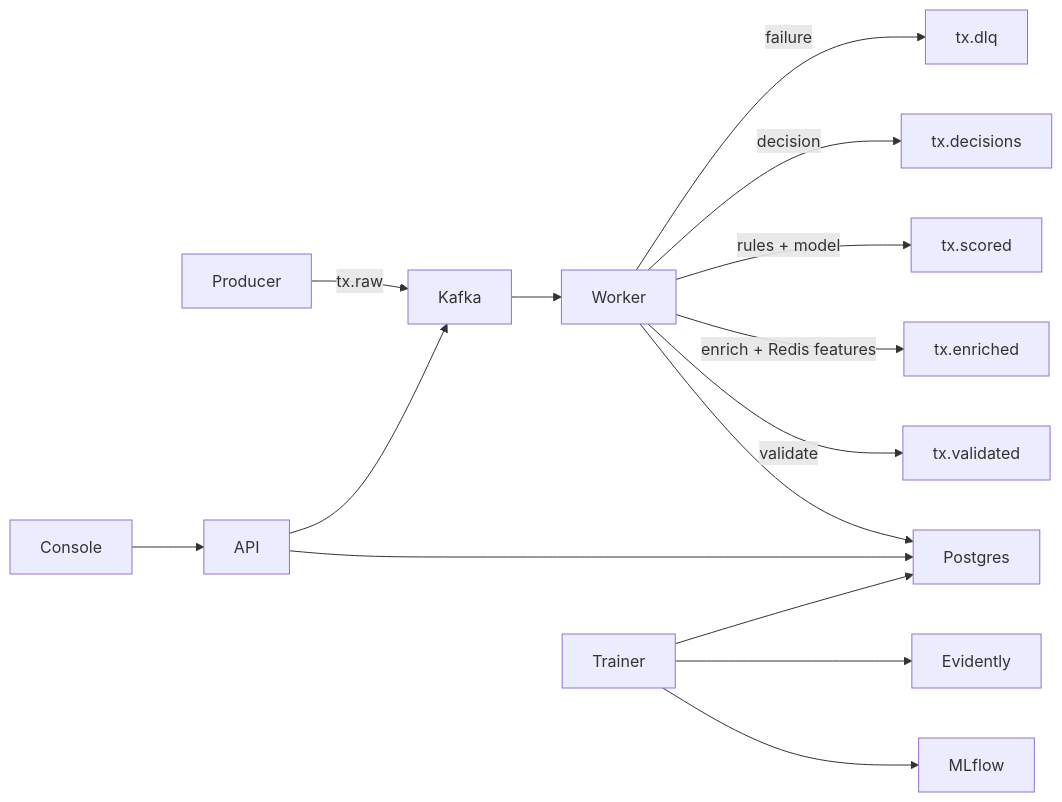
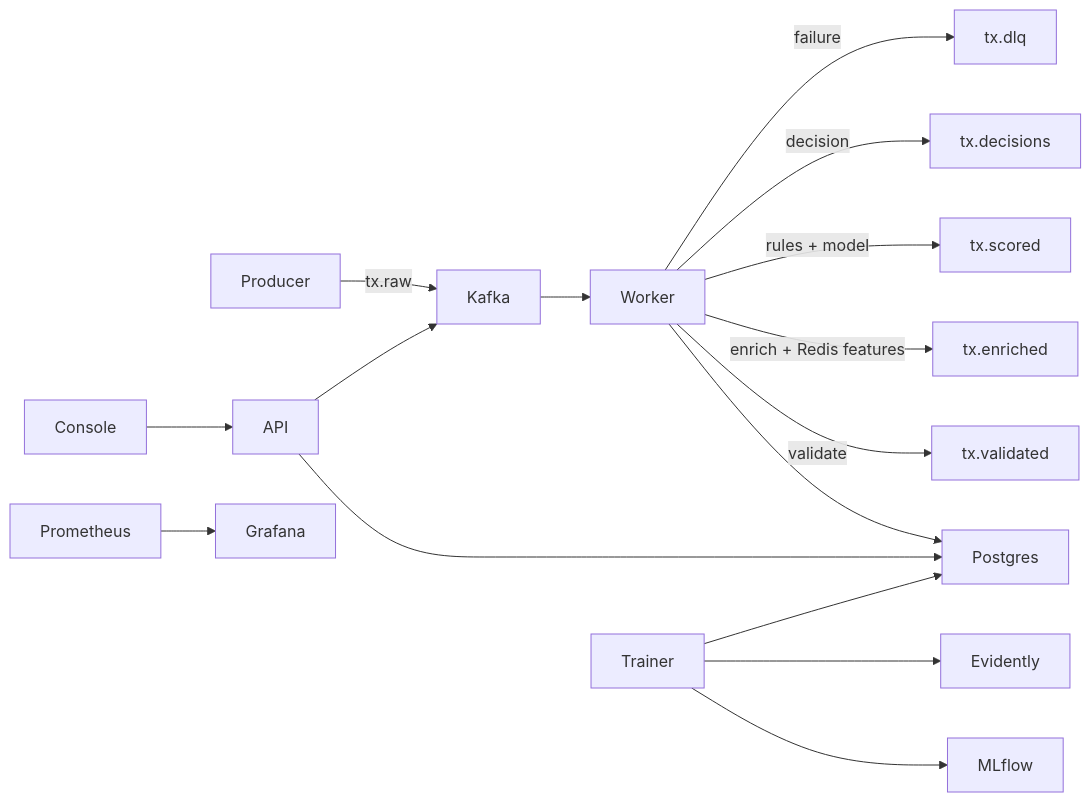
The first of 2 diagrams in docs/architecture/overview.md (kulharshit21/bytewatch-fraud-platform), drawn with Mermaid before and after one commit. The commit also changed other lines of this file and 41 other files, not shown here.

````diff
--- a/docs/architecture/overview.md
+++ b/docs/architecture/overview.md
@@ -46,17 +15,18 @@
 ```mermaid
 flowchart LR
     Producer -->|tx.raw| Kafka
     Kafka --> Worker
     Worker -->|validate| Validated[tx.validated]
     Worker -->|enrich + Redis features| Enriched[tx.enriched]
     Worker -->|rules + model| Scored[tx.scored]
     Worker -->|decision| Decisions[tx.decisions]
     Worker -->|failure| DLQ[tx.dlq]
     Worker --> Postgres
     API --> Postgres
     API --> Kafka
     Console --> API
     Trainer --> Postgres
     Trainer --> MLflow
     Trainer --> Evidently
+    Prometheus --> Grafana
 ```
````
